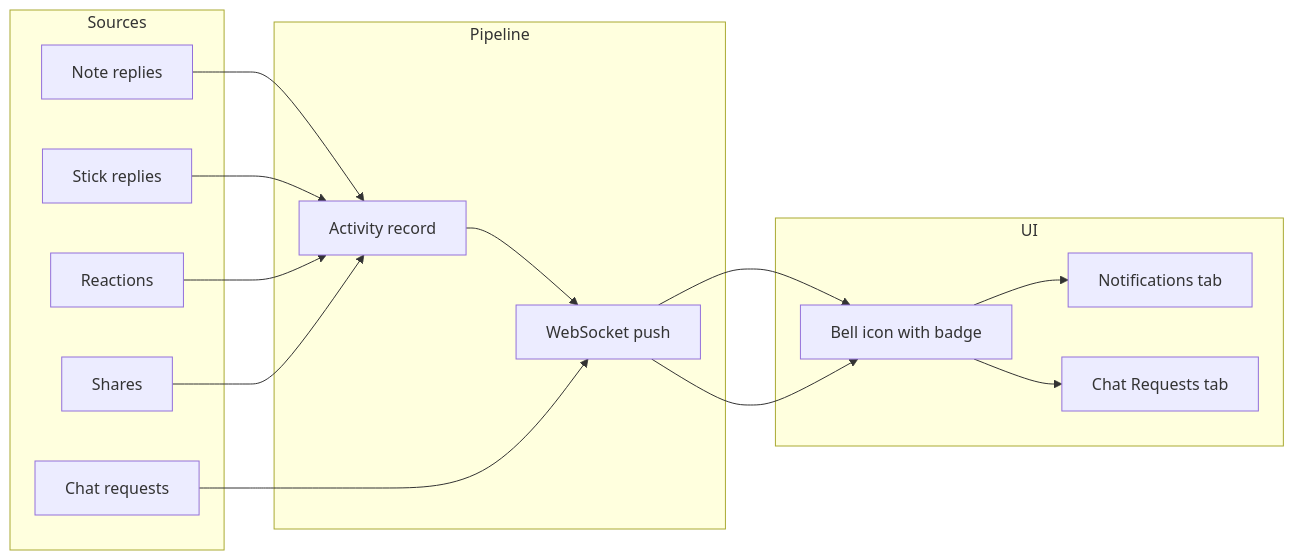
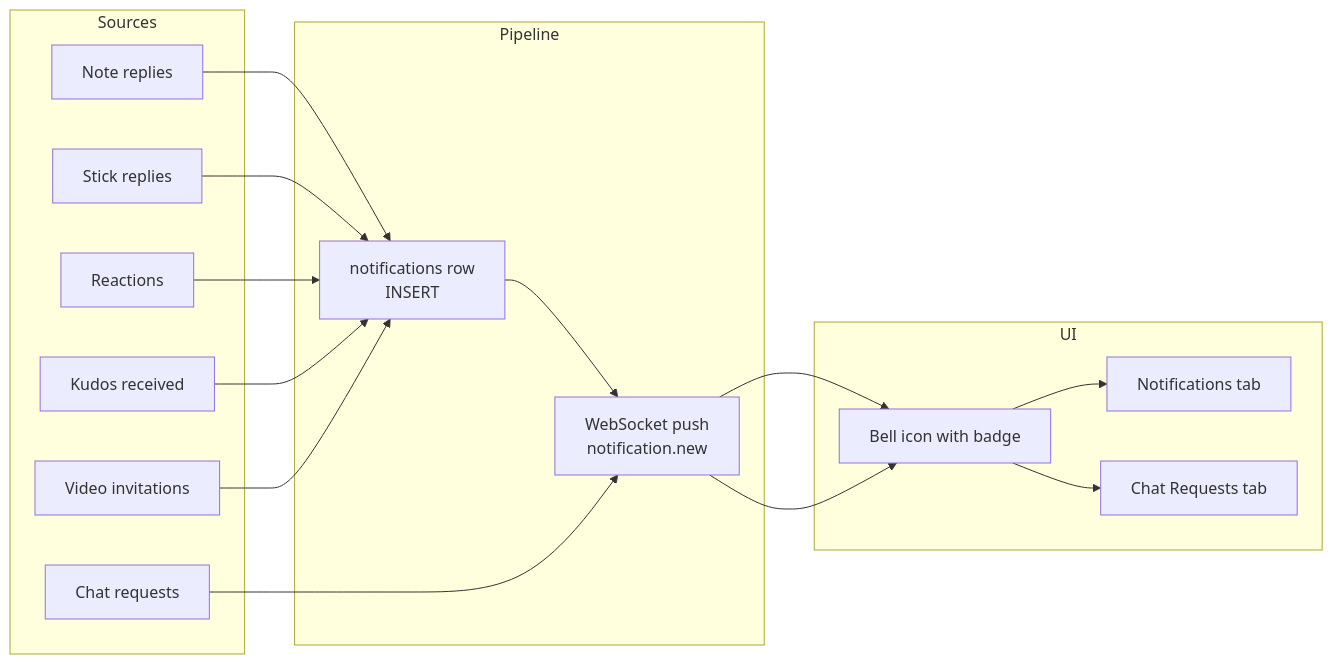
Before and after one commit to IfEyeOnlyKnew/stickmynote-client: the fourth of 4 diagrams in docs/book/11-chat-presence-notifications.md, drawn with Mermaid. The commit also changed other lines of this file and 3 other files, not shown here.

First line of the commit message:
Update book chs 11, 12, 18 for video invites, notifications repair, SW rewrite

````diff
--- a/docs/book/11-chat-presence-notifications.md
+++ b/docs/book/11-chat-presence-notifications.md
@@ -204,32 +204,34 @@
 ```mermaid
 flowchart LR
     subgraph Sources
         A[Note replies]
         B[Stick replies]
         C[Reactions]
-        D[Shares]
-        E[Chat requests]
+        D[Kudos received]
+        E[Video invitations]
+        F[Chat requests]
     end
-    
+
     subgraph Pipeline
-        F[Activity record]
-        G[WebSocket push]
+        G[notifications row<br/>INSERT]
+        H[WebSocket push<br/>notification.new]
     end
-    
+
     subgraph UI
-        H[Bell icon with badge]
-        I[Notifications tab]
-        J[Chat Requests tab]
+        I[Bell icon with badge]
+        J[Notifications tab]
+        K[Chat Requests tab]
     end
-    
-    A --> F
-    B --> F
-    C --> F
-    D --> F
-    F --> G
+
+    A --> G
+    B --> G
+    C --> G
+    D --> G
+    E --> G
     G --> H
     H --> I
-    H --> J
-    E --> G
-    G --> H
+    I --> J
+    I --> K
+    F --> H
+    H --> I
 ```
````
